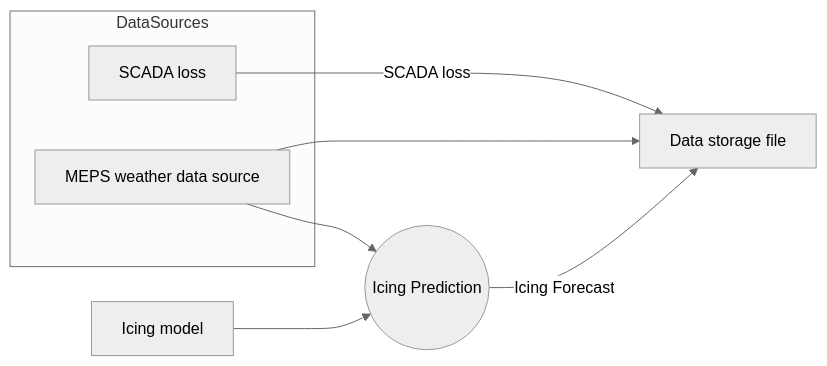
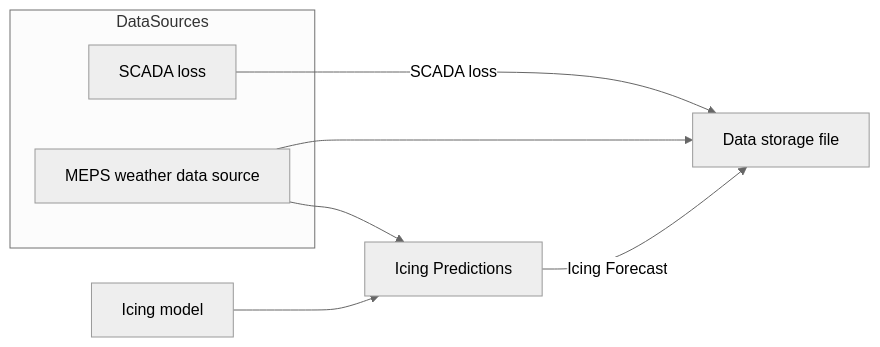
One commit to markusrupp/icing_flowshart changed the diagram in README.md. Above: the diagram before and after it, drawn with Mermaid (neutral theme).

````diff
--- a/README.md
+++ b/README.md
@@ -17,13 +17,13 @@
 ```mermaid
 flowchart LR
     subgraph DataSources
         SCADA[SCADA loss]
         MEPS[MEPS weather data source]
     end
 
     SCADA -->|SCADA loss| DSF[Data storage file]
     MEPS --> DSF
-    MEPS --> IP((Icing Prediction))
+    MEPS --> IP[Icing Predictions]
     IM[Icing model] --> IP
     IP -->|Icing Forecast| DSF
 ```
````
